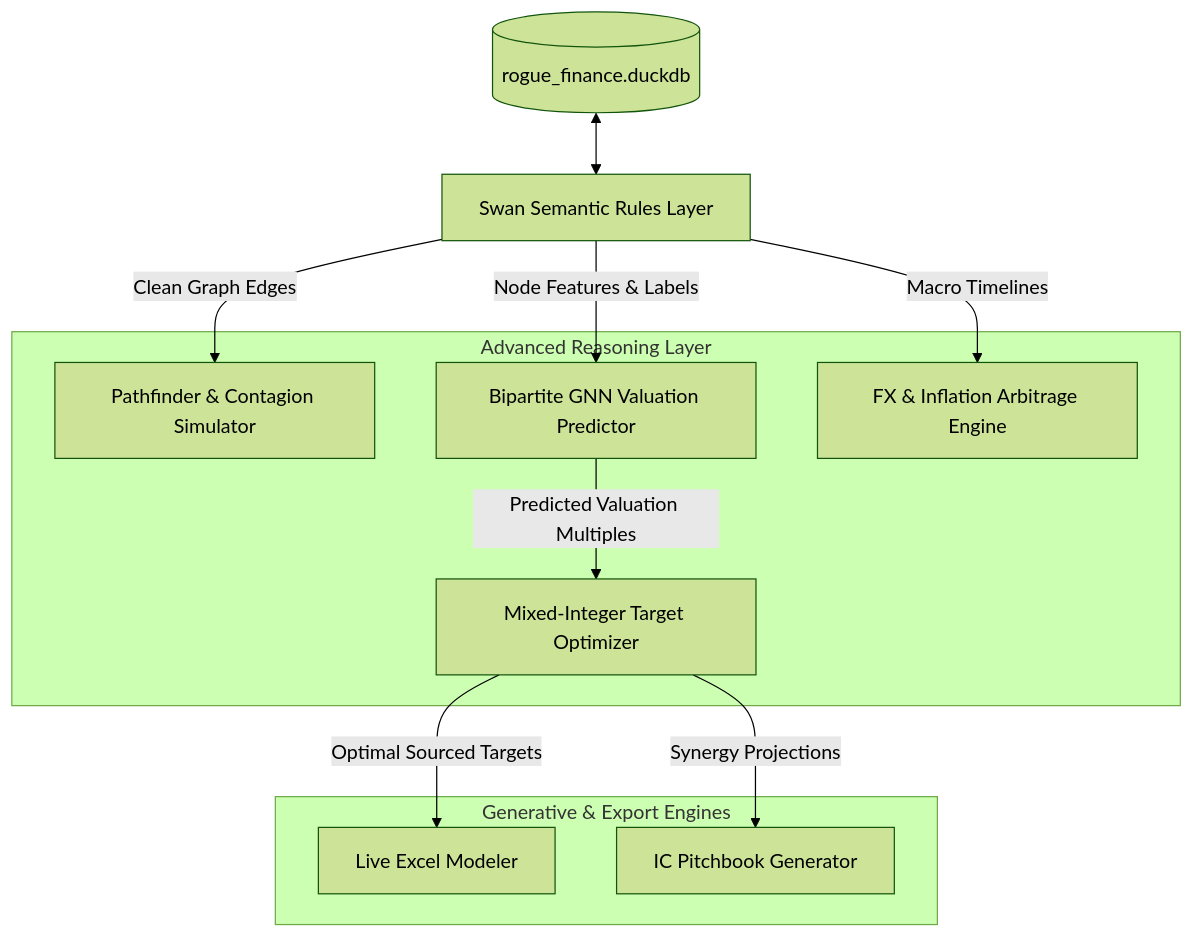
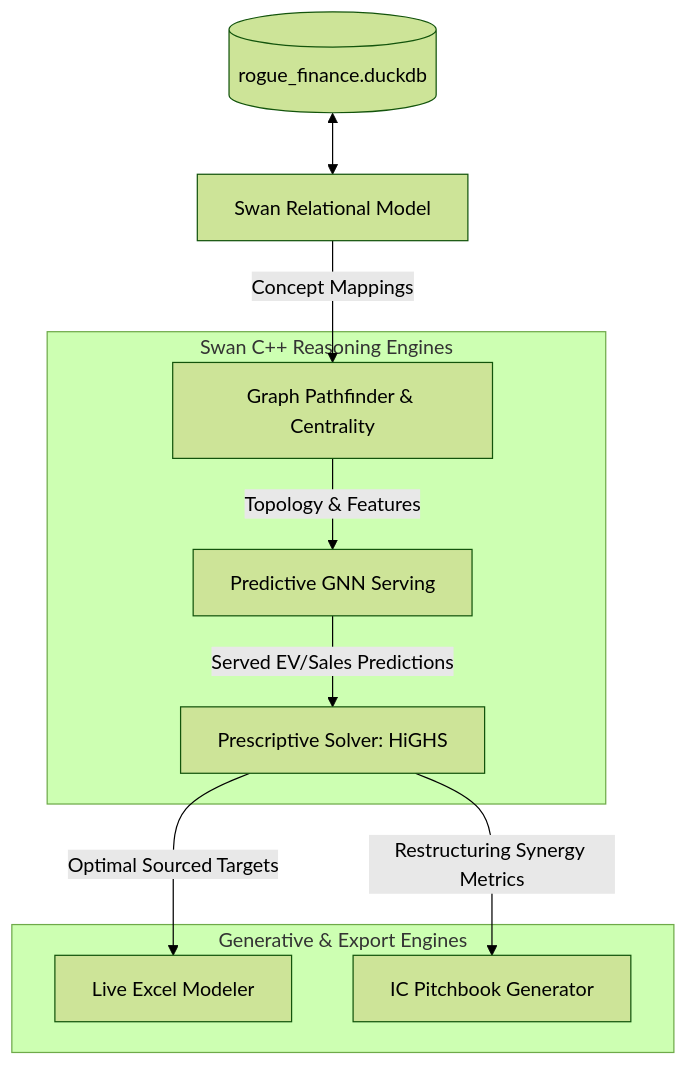
Before and after one commit to maxdemarzi/rogue: the diagram in phase_3_plan.md, drawn with Mermaid (forest theme). The commit also changed other lines of this file, not shown here.

Commit message:
docs: rebuilt Phase 3 plan using Swan graph, GNN, and HiGHS solvers

````diff
--- a/phase_3_plan.md
+++ b/phase_3_plan.md
@@ -11,24 +11,22 @@
 ```mermaid
 flowchart TD
-    DB[(rogue_finance.duckdb)] <--> Swan[Swan Semantic Rules Layer]
+    DB[(rogue_finance.duckdb)] <--> Model[Swan Relational Model]
     
-    subgraph Reasoning [Advanced Reasoning Layer]
-        NetworkX[Pathfinder & Contagion Simulator]
-        GNN[Bipartite GNN Valuation Predictor]
-        MILP[Mixed-Integer Target Optimizer]
-        Macro[FX & Inflation Arbitrage Engine]
+    subgraph Swan Reasoners [Swan C++ Reasoning Engines]
+        Graph[Graph Pathfinder & Centrality]
+        GNN[Predictive GNN Serving]
+        MIP[Prescriptive Solver: HiGHS]
     end
     
-    subgraph Output [Generative & Export Engines]
+    subgraph Deliverables [Generative & Export Engines]
         Excel[Live Excel Modeler]
         Memo[IC Pitchbook Generator]
     end
     
-    Swan -->|Clean Graph Edges| NetworkX
-    Swan -->|Node Features & Labels| GNN
-    GNN -->|Predicted Valuation Multiples| MILP
-    Swan -->|Macro Timelines| Macro
+    Model -->|Concept Mappings| Graph
+    Graph -->|Topology & Features| GNN
+    GNN -->|Served EV/Sales Predictions| MIP
     
-    MILP -->|Optimal Sourced Targets| Excel
-    MILP -->|Synergy Projections| Memo
+    MIP -->|Optimal Sourced Targets| Excel
+    MIP -->|Restructuring Synergy Metrics| Memo
 ```
````
